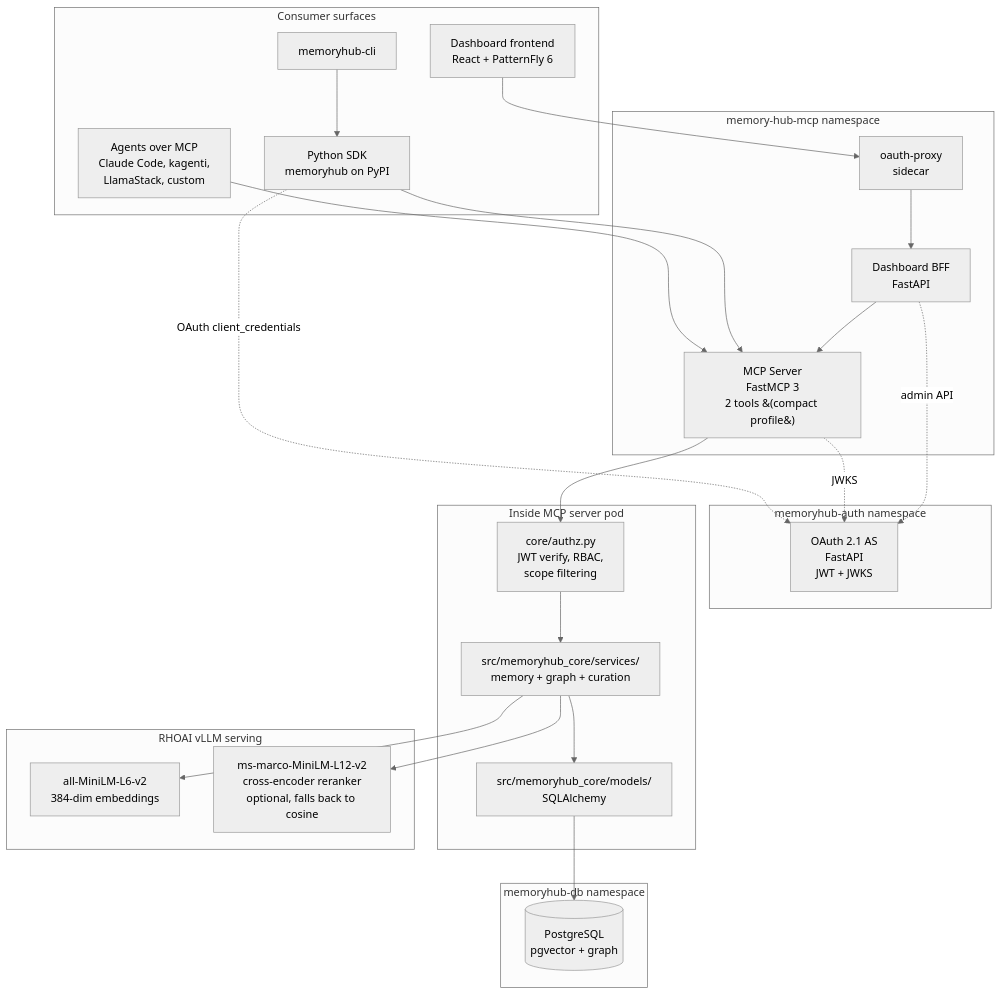
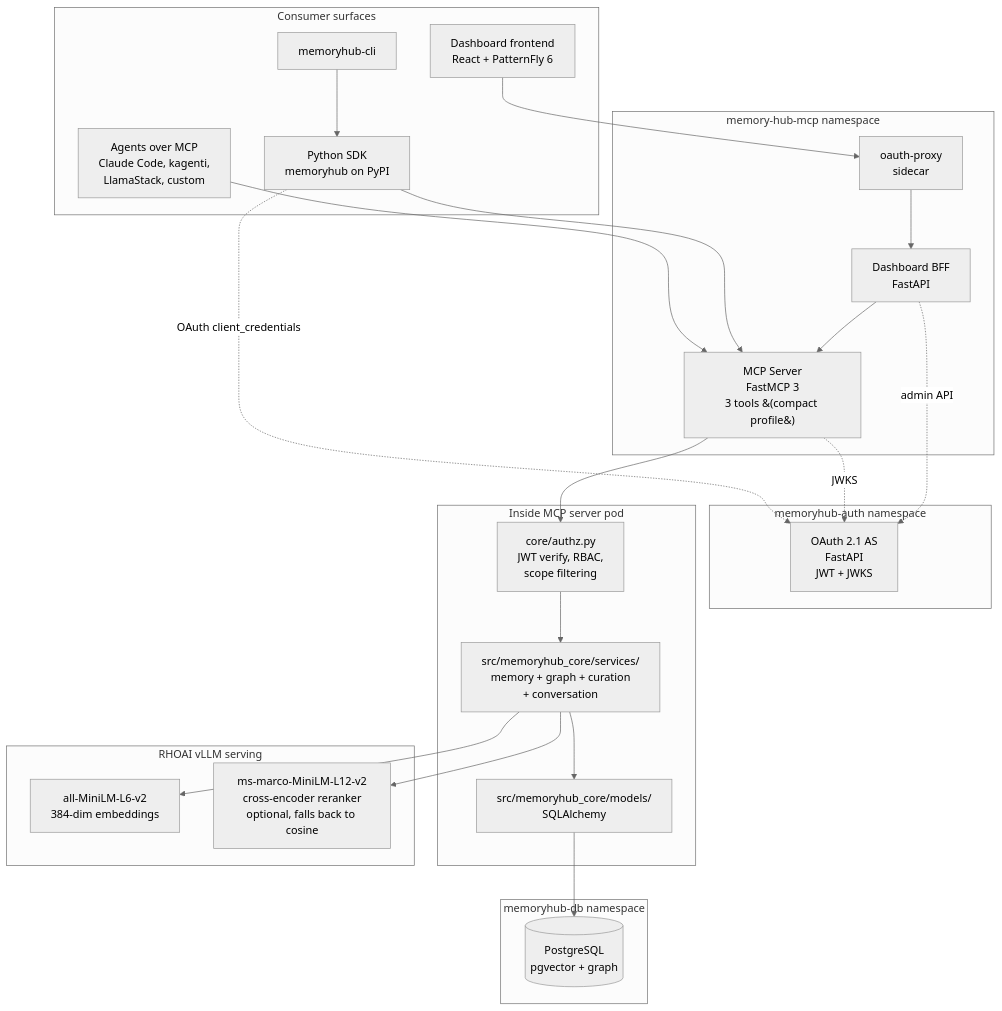
Before and after one commit to jeremyeder/memory-hub: the first of 4 diagrams in docs/ARCHITECTURE.md, drawn with Mermaid (neutral theme). The commit also changed other lines of this file and 2 other files, not shown here.

Commit message:
docs: Update architecture and systems for conversation threads (#168)
- ARCHITECTURE.md: add conversation thread persistence to "Decided and
  shipped" section, update tool count to 3, add conversation service
- SYSTEMS.md: add conversation-threads subsystem row, update mcp-server
  tool count, update SDK (v0.13.0) and CLI (v0.10.0) descriptions
- Bump memoryhub-core to 0.9.0

````diff
--- a/docs/ARCHITECTURE.md
+++ b/docs/ARCHITECTURE.md
@@ -9,51 +9,51 @@
 ```mermaid
 graph TB
     subgraph "Consumer surfaces"
         AGENT[Agents over MCP<br/>Claude Code, kagenti,<br/>LlamaStack, custom]
         SDK[Python SDK<br/>memoryhub on PyPI]
         CLI[memoryhub-cli]
         UI_FE[Dashboard frontend<br/>React + PatternFly 6]
     end
 
     subgraph "memory-hub-mcp namespace"
-        MCP[MCP Server<br/>FastMCP 3<br/>2 tools &#40;compact profile&#41;]
+        MCP[MCP Server<br/>FastMCP 3<br/>3 tools &#40;compact profile&#41;]
         UI_BE[Dashboard BFF<br/>FastAPI]
         OAP[oauth-proxy<br/>sidecar]
     end
 
     subgraph "memoryhub-auth namespace"
         AUTH[OAuth 2.1 AS<br/>FastAPI<br/>JWT + JWKS]
     end
 
     subgraph "Inside MCP server pod"
         AUTHZ[core/authz.py<br/>JWT verify, RBAC,<br/>scope filtering]
-        SVC[src/memoryhub_core/services/<br/>memory + graph + curation]
+        SVC[src/memoryhub_core/services/<br/>memory + graph + curation<br/>+ conversation]
         MOD[src/memoryhub_core/models/<br/>SQLAlchemy]
     end
 
     subgraph "memoryhub-db namespace"
         PG[(PostgreSQL<br/>pgvector + graph)]
     end
 
     subgraph "RHOAI vLLM serving"
         EMB[all-MiniLM-L6-v2<br/>384-dim embeddings]
         RR[ms-marco-MiniLM-L12-v2<br/>cross-encoder reranker<br/>optional, falls back to cosine]
     end
 
     AGENT --> MCP
     SDK --> MCP
     CLI --> SDK
     UI_FE --> OAP --> UI_BE --> MCP
 
     SDK -. OAuth client_credentials .-> AUTH
     MCP -. JWKS .-> AUTH
     UI_BE -. admin API .-> AUTH
 
     MCP --> AUTHZ
     AUTHZ --> SVC
     SVC --> MOD
     MOD --> PG
 
     SVC --> EMB
     SVC --> RR
 ```
````
